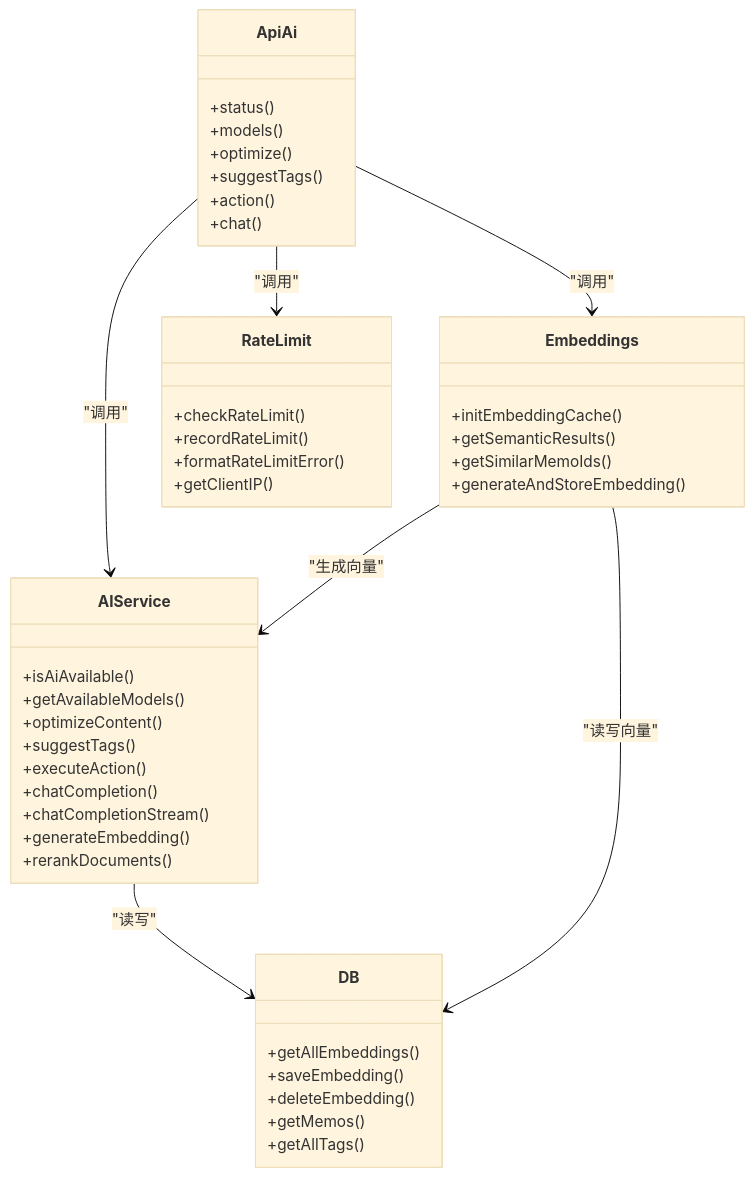
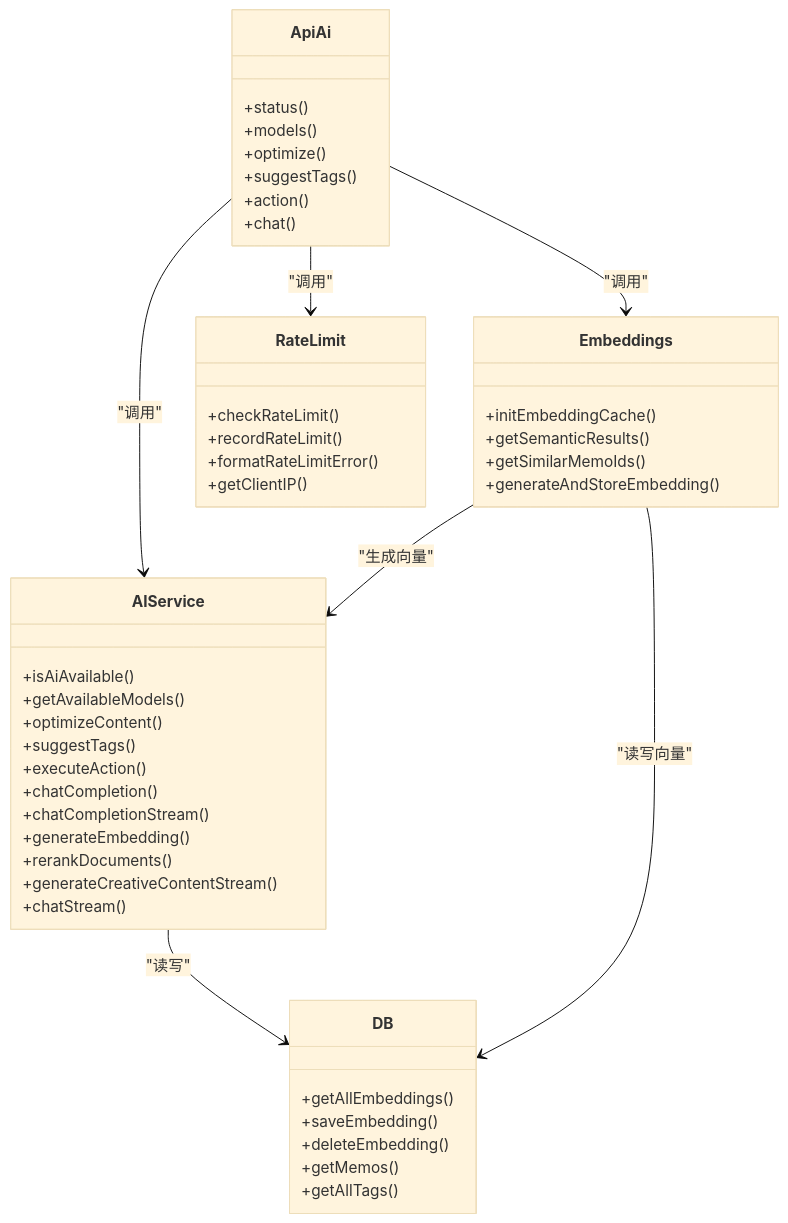
The fifth of 5 diagrams in .qoder/repowiki/zh/content/API参考文档/AI服务API.md (BlackBoxRecorder/memos), drawn with Mermaid (base theme) before and after one commit. The commit also changed other lines of this file and 7 other files, not shown here.

````diff
--- a/.qoder/repowiki/zh/content/API参考文档/AI服务API.md
+++ b/.qoder/repowiki/zh/content/API参考文档/AI服务API.md
@@ -345,47 +349,49 @@
 ```mermaid
 classDiagram
 class ApiAi {
 +status()
 +models()
 +optimize()
 +suggestTags()
 +action()
 +chat()
 }
 class AIService {
 +isAiAvailable()
 +getAvailableModels()
 +optimizeContent()
 +suggestTags()
 +executeAction()
 +chatCompletion()
 +chatCompletionStream()
 +generateEmbedding()
 +rerankDocuments()
++generateCreativeContentStream()
++chatStream()
 }
 class Embeddings {
 +initEmbeddingCache()
 +getSemanticResults()
 +getSimilarMemoIds()
 +generateAndStoreEmbedding()
 }
 class RateLimit {
 +checkRateLimit()
 +recordRateLimit()
 +formatRateLimitError()
 +getClientIP()
 }
 class DB {
 +getAllEmbeddings()
 +saveEmbedding()
 +deleteEmbedding()
 +getMemos()
 +getAllTags()
 }
 ApiAi --> AIService : "调用"
 ApiAi --> Embeddings : "调用"
 ApiAi --> RateLimit : "调用"
 AIService --> DB : "读写"
 Embeddings --> AIService : "生成向量"
 Embeddings --> DB : "读写向量"
 ```
````
